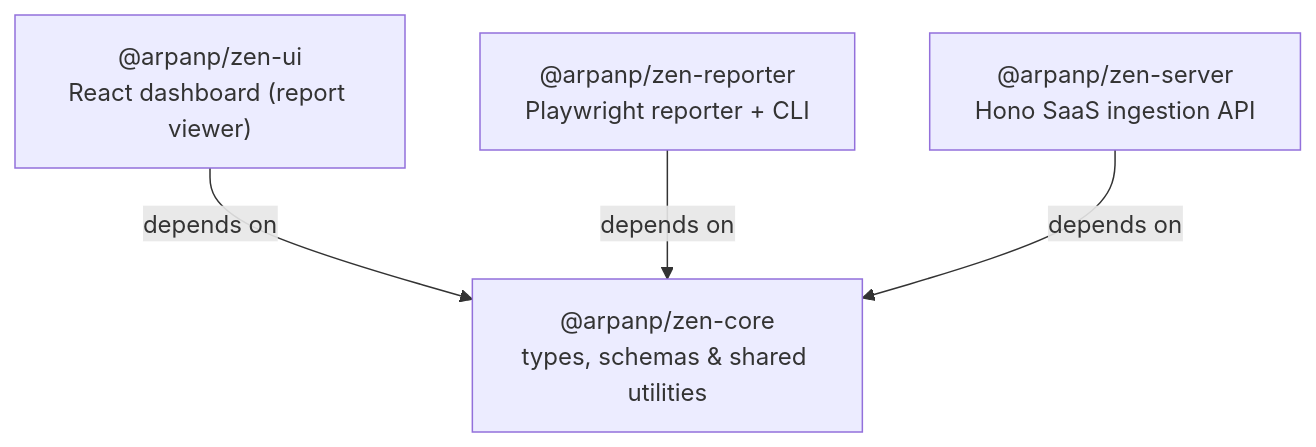
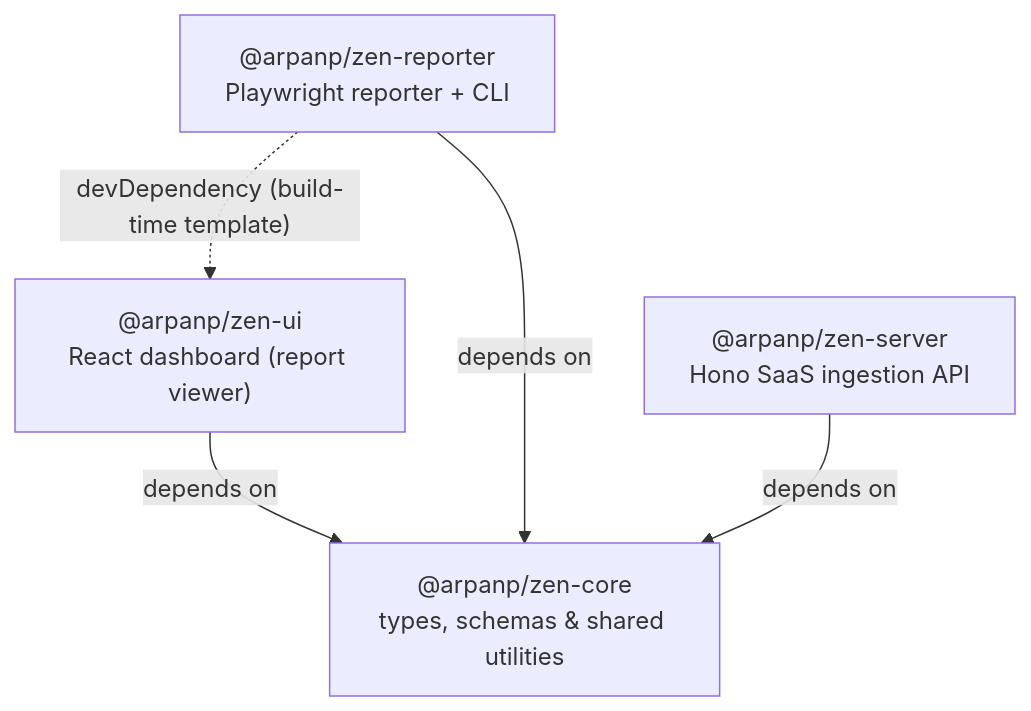
One commit to apatelia/zen-reporter changed the first of 2 diagrams in docs/architecture.md. Above: the diagram before and after it, drawn with Mermaid. The commit also changed other lines of this file and 1 other file, not shown here.

First line of the commit message:
docs: reflect zen-ui devDependency in architecture docs

````diff
--- a/docs/architecture.md
+++ b/docs/architecture.md
@@ -26,11 +28,12 @@
 ```mermaid
 flowchart TD
     CORE["@arpanp/zen-core<br/>types, schemas & shared utilities"]
     UI["@arpanp/zen-ui<br/>React dashboard (report viewer)"]
     REP["@arpanp/zen-reporter<br/>Playwright reporter + CLI"]
     SRV["@arpanp/zen-server<br/>Hono SaaS ingestion API"]
 
     UI -->|depends on| CORE
     REP -->|depends on| CORE
     SRV -->|depends on| CORE
+    REP -. devDependency (build-time template) .-> UI
 ```
````
